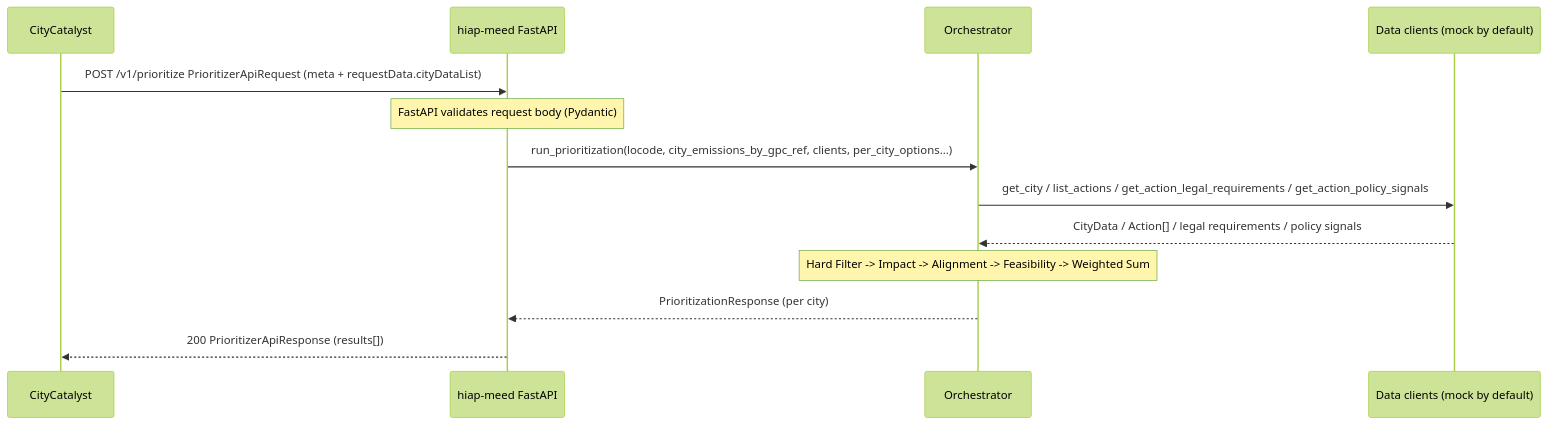
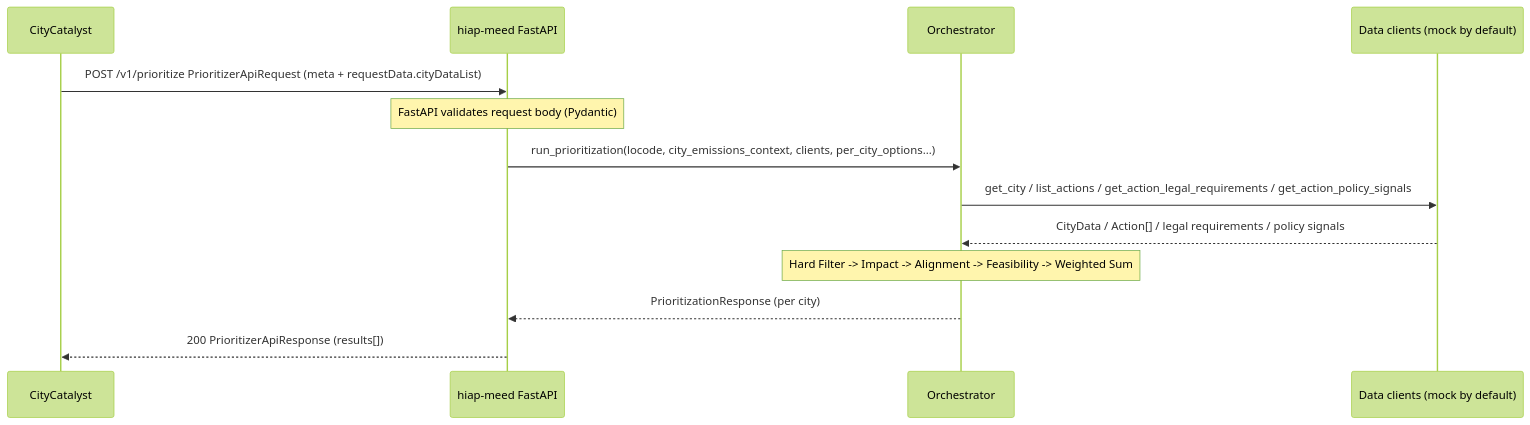
The second of 2 diagrams in hiap-meed/docs/service-architecture.md (Open-Earth-Foundation/CityCatalyst), drawn with Mermaid (forest theme) before and after one commit. The commit also changed 21 other files, not shown here.

````diff
--- a/hiap-meed/docs/service-architecture.md
+++ b/hiap-meed/docs/service-architecture.md
@@ -93,16 +93,16 @@
 ```mermaid
 sequenceDiagram
     participant CC as CityCatalyst
     participant API as hiap-meed FastAPI
     participant Orch as Orchestrator
     participant Clients as Data clients (mock by default)
 
     CC->>API: POST /v1/prioritize PrioritizerApiRequest (meta + requestData.cityDataList)
     Note over API: FastAPI validates request body (Pydantic)
-    API->>Orch: run_prioritization(locode, city_emissions_by_gpc_ref, clients, per_city_options...)
+    API->>Orch: run_prioritization(locode, city_emissions_context, clients, per_city_options...)
     Orch->>Clients: get_city / list_actions / get_action_legal_requirements / get_action_policy_signals
     Clients-->>Orch: CityData / Action[] / legal requirements / policy signals
     Note over Orch: Hard Filter -> Impact -> Alignment -> Feasibility -> Weighted Sum
     Orch-->>API: PrioritizationResponse (per city)
     API-->>CC: 200 PrioritizerApiResponse (results[])
 ```
````
